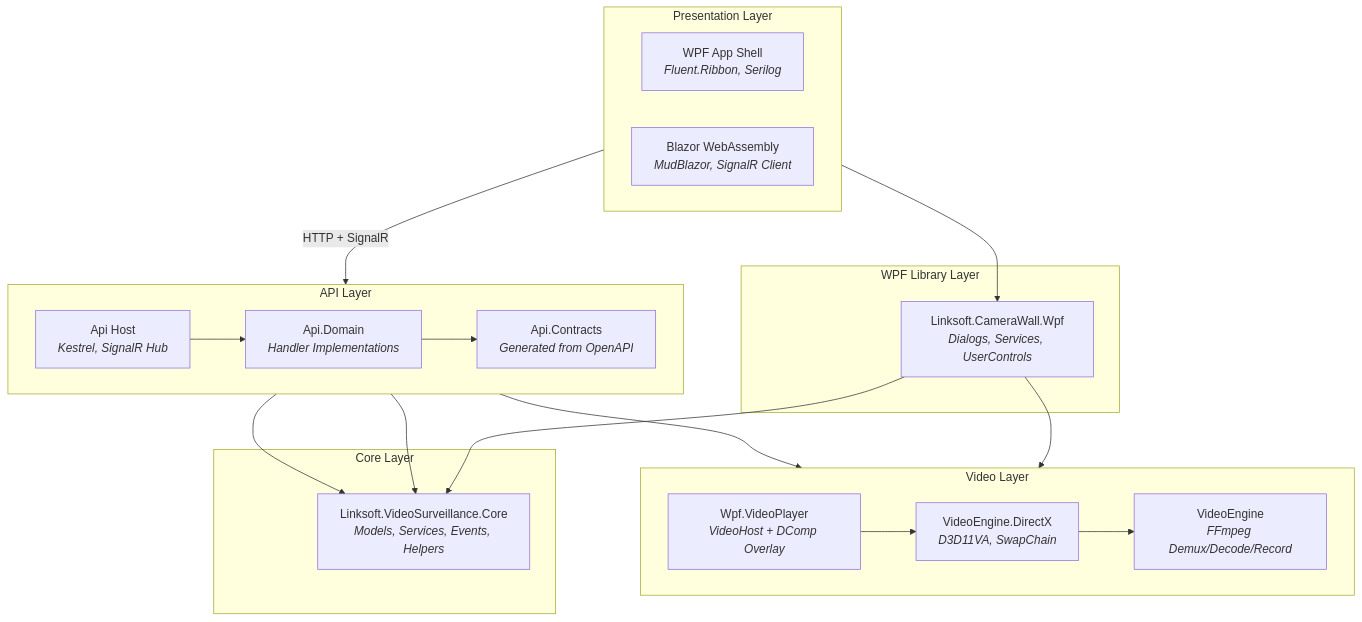
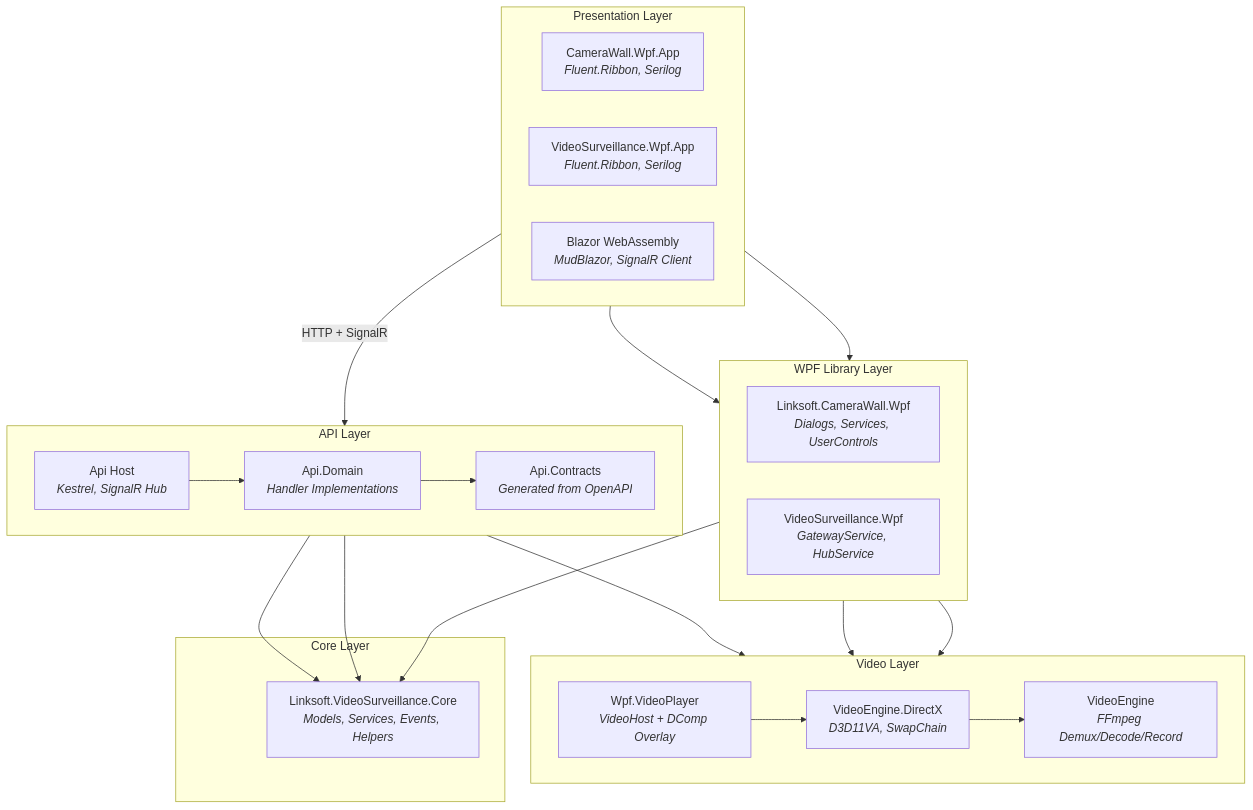
The third of 8 diagrams in docs/architecture.md (davidkallesen/Linksoft.VideoSurveillance), drawn with Mermaid before and after one commit. The commit also changed other lines of this file and 76 other files, not shown here.

Commit message:
feat: add Linksoft.VideoSurveillance.Wpf and Linksoft.VideoSurveillance.Wpf.App

````diff
--- a/docs/architecture.md
+++ b/docs/architecture.md
@@ -64,42 +73,47 @@
 ```mermaid
 graph TB
     subgraph Presentation["Presentation Layer"]
         direction LR
-        AppShell["WPF App Shell<br/><i>Fluent.Ribbon, Serilog</i>"]
+        AppShell["CameraWall.Wpf.App<br/><i>Fluent.Ribbon, Serilog</i>"]
+        VSAppShell["VideoSurveillance.Wpf.App<br/><i>Fluent.Ribbon, Serilog</i>"]
         BlazorUI["Blazor WebAssembly<br/><i>MudBlazor, SignalR Client</i>"]
     end
 
     subgraph Library["WPF Library Layer"]
+        direction LR
         CWLib["Linksoft.CameraWall.Wpf<br/><i>Dialogs, Services, UserControls</i>"]
+        VSLib["VideoSurveillance.Wpf<br/><i>GatewayService, HubService</i>"]
     end
 
     subgraph VideoLayer["Video Layer"]
         direction LR
         VideoPlayer["Wpf.VideoPlayer<br/><i>VideoHost + DComp Overlay</i>"]
         DirectX["VideoEngine.DirectX<br/><i>D3D11VA, SwapChain</i>"]
         VideoEngine["VideoEngine<br/><i>FFmpeg Demux/Decode/Record</i>"]
     end
 
     subgraph APILayer["API Layer"]
         direction LR
         APIHost["Api Host<br/><i>Kestrel, SignalR Hub</i>"]
         DomainHandlers["Api.Domain<br/><i>Handler Implementations</i>"]
         ContractsGen["Api.Contracts<br/><i>Generated from OpenAPI</i>"]
     end
 
     subgraph CoreLayer["Core Layer"]
         Core["Linksoft.VideoSurveillance.Core<br/><i>Models, Services, Events, Helpers</i>"]
     end
 
     AppShell --> CWLib
+    VSAppShell --> VSLib
     CWLib --> VideoPlayer
+    VSLib --> VideoPlayer
     CWLib --> Core
     VideoPlayer --> DirectX
     DirectX --> VideoEngine
     BlazorUI -- "HTTP + SignalR" --> APIHost
     APIHost --> DomainHandlers
     DomainHandlers --> ContractsGen
     APIHost --> Core
     APIHost --> VideoEngine
     ContractsGen --> Core
 ```
````
